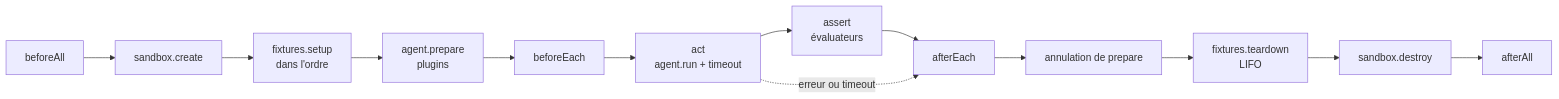
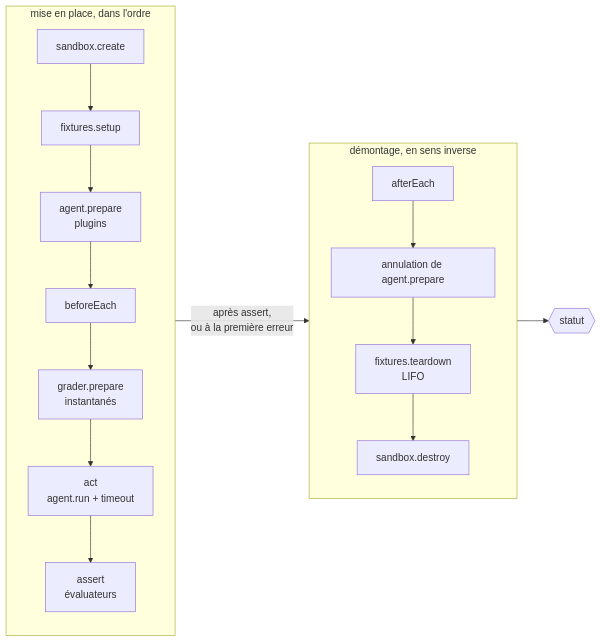
One commit to Luce-Florian/proctor changed the second of 3 diagrams in docs/fr/writing-evals/lifecycle.md. Above: the diagram before and after it, drawn with Mermaid. The commit also changed other lines of this file and 23 other files, not shown here.

First line of the commit message:
docs: show the lifecycle, the judge, the sandbox and the reports as diagrams

````diff
--- a/docs/fr/writing-evals/lifecycle.md
+++ b/docs/fr/writing-evals/lifecycle.md
@@ -5,6 +13,13 @@
 ```mermaid
 flowchart LR
-    BA[beforeAll] --> SC[sandbox.create] --> FS["fixtures.setup<br/>dans l'ordre"] --> AP["agent.prepare<br/>plugins"] --> BE[beforeEach] --> ACT["act<br/>agent.run + timeout"] --> AS["assert<br/>évaluateurs"]
-    AS --> AE[afterEach] --> AU["annulation de prepare"] --> FT["fixtures.teardown<br/>LIFO"] --> SD[sandbox.destroy] --> AA[afterAll]
-    ACT -. erreur ou timeout .-> AE
+    subgraph up["mise en place, dans l'ordre"]
+        direction TB
+        SC[sandbox.create] --> FS["fixtures.setup"] --> AP["agent.prepare<br/>plugins"] --> BE[beforeEach] --> GP["grader.prepare<br/>instantanés"] --> ACT["act<br/>agent.run + timeout"] --> AS["assert<br/>évaluateurs"]
+    end
+    subgraph down["démontage, en sens inverse"]
+        direction TB
+        AE[afterEach] --> AU["annulation de agent.prepare"] --> FT["fixtures.teardown<br/>LIFO"] --> SD[sandbox.destroy]
+    end
+    up -- "après assert,<br/>ou à la première erreur" --> down
+    down --> ST{{statut}}
 ```
````
